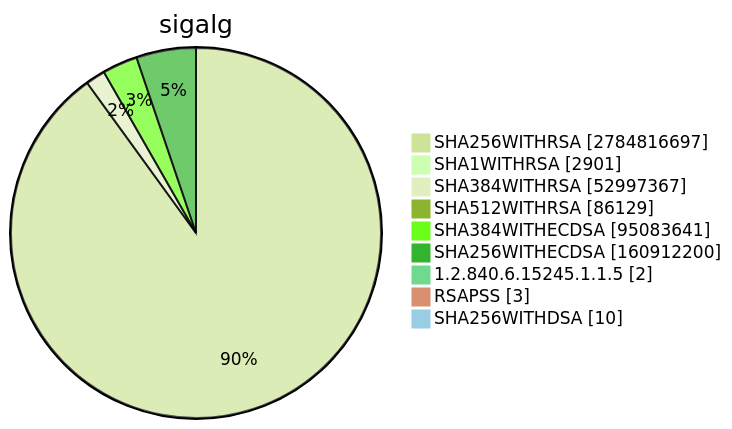
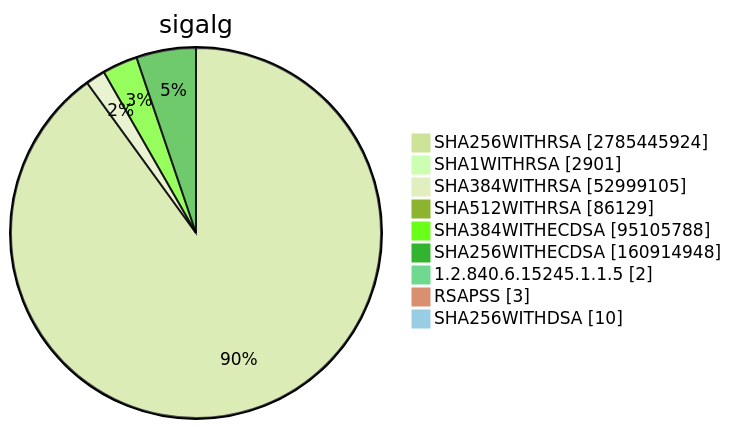
Diagram 15 of 15 in TOTAL/README.md (christiankrug/ctmonitor_visualization), drawn with Mermaid (forest theme) before and after one commit. The commit also changed other lines of this file, not shown here.

````diff
--- a/TOTAL/README.md
+++ b/TOTAL/README.md
@@ -6207,13 +6207,13 @@
 ```mermaid
 pie showData
 title sigalg
-"SHA256WITHRSA" :2784816697
+"SHA256WITHRSA" :2785445924
 "SHA1WITHRSA" :2901
-"SHA384WITHRSA" :52997367
+"SHA384WITHRSA" :52999105
 "SHA512WITHRSA" :86129
-"SHA384WITHECDSA" :95083641
-"SHA256WITHECDSA" :160912200
+"SHA384WITHECDSA" :95105788
+"SHA256WITHECDSA" :160914948
 "1.2.840.6.15245.1.1.5" :2
 "RSAPSS" :3
 "SHA256WITHDSA" :10
 ```
````
